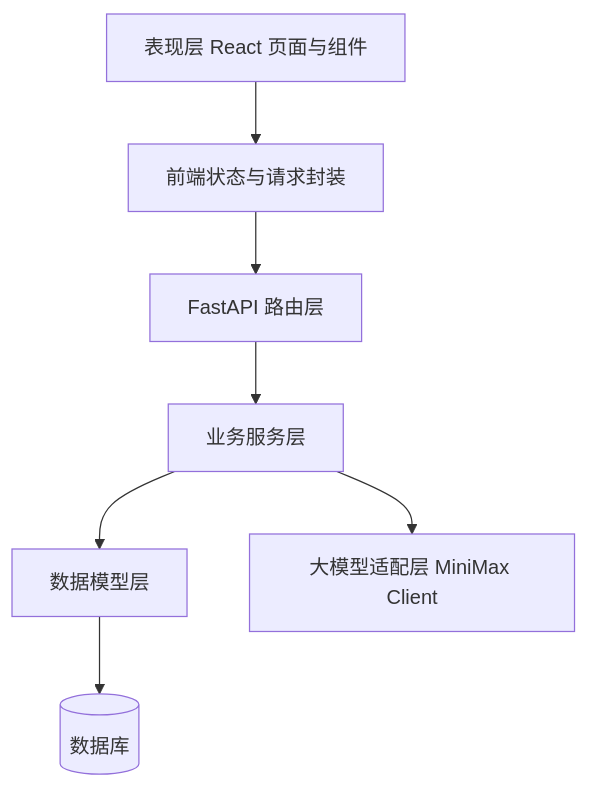
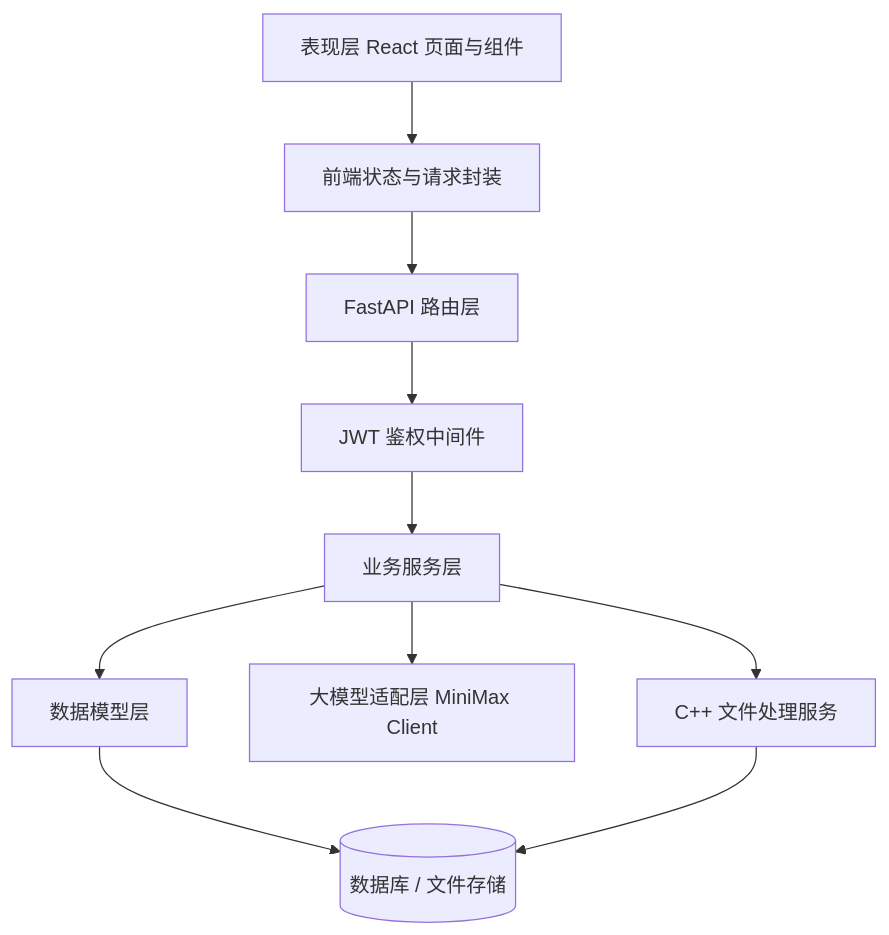
Before and after one commit to fengyan1214/zhixue-companion: the second of 7 diagrams in docs/architecture.md, drawn with Mermaid. The commit also changed other lines of this file and 3 other files, not shown here.

````diff
--- a/docs/architecture.md
+++ b/docs/architecture.md
@@ -48,17 +56,22 @@
 ```mermaid
 flowchart TD
     UI[表现层 React 页面与组件]
     State[前端状态与请求封装]
     Router[FastAPI 路由层]
+    AuthMiddleware[JWT 鉴权中间件]
     Service[业务服务层]
     Model[数据模型层]
     LLM[大模型适配层 MiniMax Client]
-    Storage[(数据库)]
+    CPP[C++ 文件处理服务]
+    Storage[(数据库 / 文件存储)]
 
     UI --> State
     State --> Router
-    Router --> Service
+    Router --> AuthMiddleware
+    AuthMiddleware --> Service
     Service --> Model
     Service --> LLM
+    Service --> CPP
     Model --> Storage
+    CPP --> Storage
 ```
````
